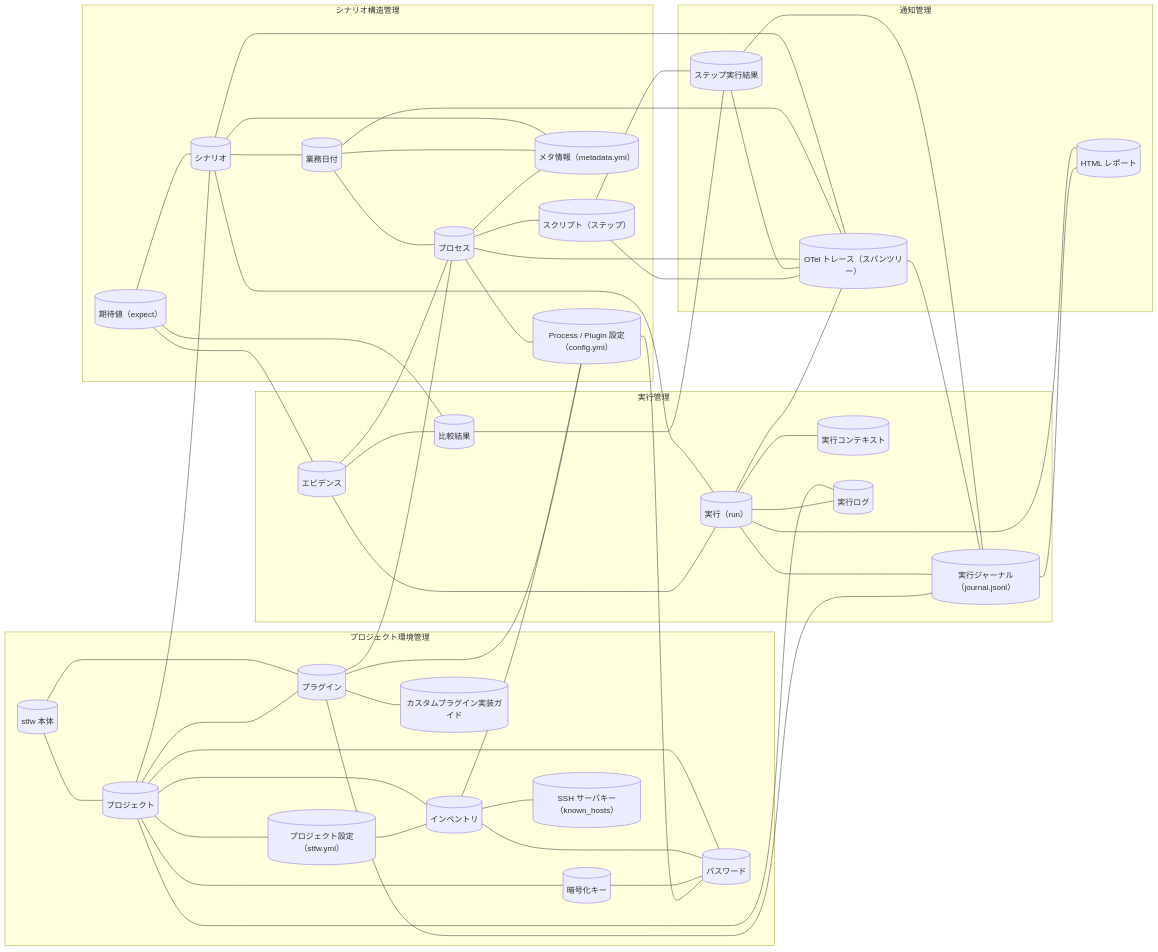
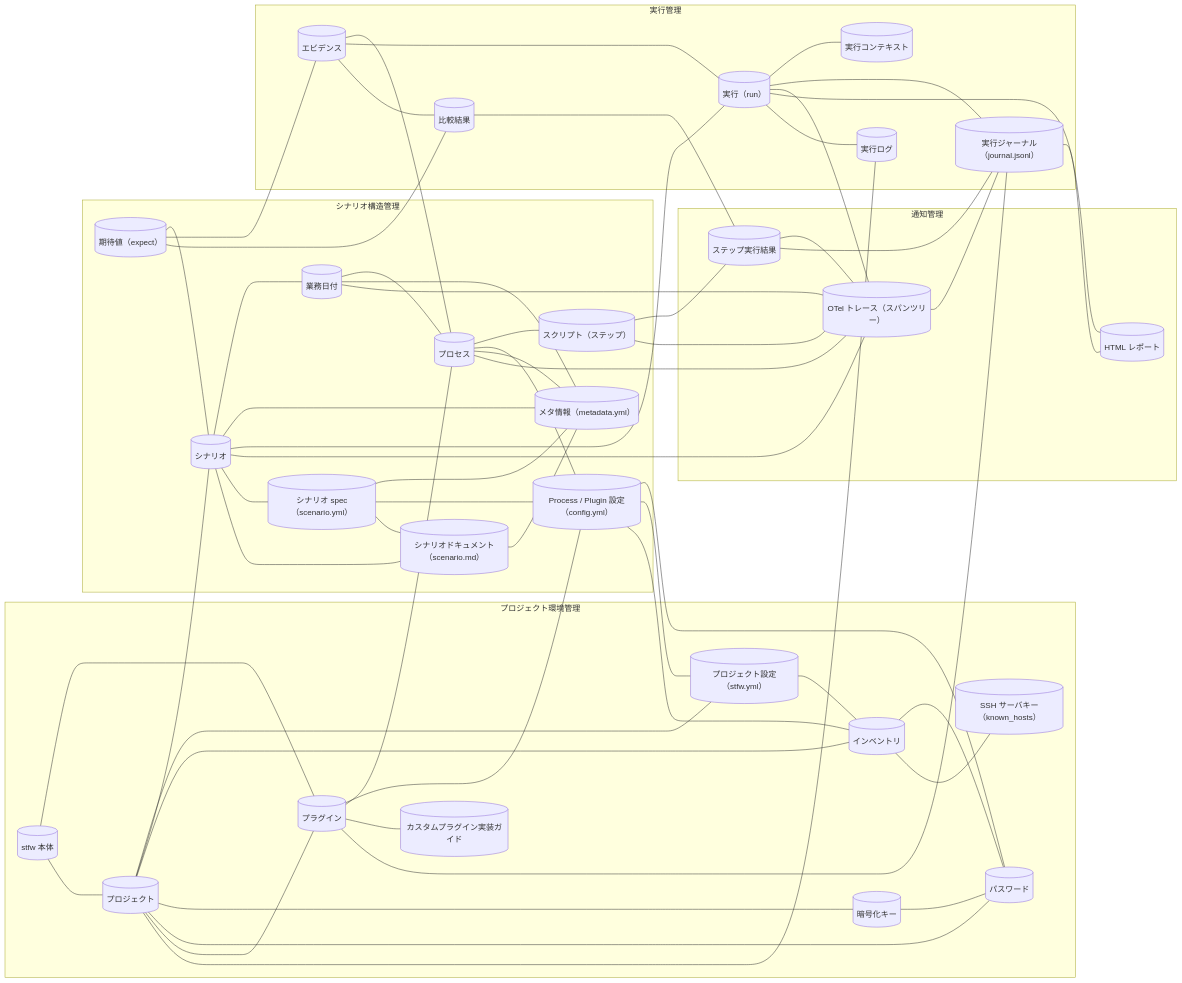
One commit to scenario-test-framework/stfw changed the diagram in docs/rdra/latest/views/05_情報モデル.md. Above: the diagram before and after it, drawn with Mermaid. The commit also changed other lines of this file and 24 other files, not shown here.

````diff
--- a/docs/rdra/latest/views/05_情報モデル.md
+++ b/docs/rdra/latest/views/05_情報モデル.md
@@ -25,19 +25,21 @@
     IF14[("Process / Plugin 設定（config.yml）")]
     IF15[("メタ情報（metadata.yml）")]
     IF16[("期待値（expect）")]
+    IF17[("シナリオ spec（scenario.yml）")]
+    IF18[("シナリオドキュメント（scenario.md）")]
   end
   subgraph CX3["実行管理"]
-    IF17[("実行（run）")]
-    IF18[("実行コンテキスト")]
-    IF19[("実行ログ")]
-    IF20[("実行ジャーナル（journal.jsonl）")]
-    IF21[("エビデンス")]
-    IF22[("比較結果")]
+    IF19[("実行（run）")]
+    IF20[("実行コンテキスト")]
+    IF21[("実行ログ")]
+    IF22[("実行ジャーナル（journal.jsonl）")]
+    IF23[("エビデンス")]
+    IF24[("比較結果")]
   end
   subgraph CX4["通知管理"]
-    IF23[("ステップ実行結果")]
-    IF24[("OTel トレース（スパンツリー）")]
-    IF25[("HTML レポート")]
+    IF25[("ステップ実行結果")]
+    IF26[("OTel トレース（スパンツリー）")]
+    IF27[("HTML レポート")]
   end
   IF1 --- IF7
   IF1 --- IF2
@@ -47,7 +49,7 @@
   IF2 --- IF5
   IF2 --- IF6
   IF2 --- IF7
-  IF2 --- IF19
+  IF2 --- IF21
   IF3 --- IF4
   IF4 --- IF6
   IF4 --- IF8
@@ -58,33 +60,40 @@
   IF7 --- IF9
   IF10 --- IF11
   IF10 --- IF15
+  IF10 --- IF19
+  IF10 --- IF26
   IF10 --- IF17
-  IF10 --- IF24
+  IF10 --- IF18
   IF11 --- IF12
   IF11 --- IF15
-  IF11 --- IF24
+  IF11 --- IF26
   IF12 --- IF13
   IF12 --- IF14
   IF12 --- IF15
-  IF12 --- IF24
-  IF13 --- IF23
+  IF12 --- IF26
+  IF13 --- IF25
   IF14 --- IF6
+  IF14 --- IF3
+  IF19 --- IF20
+  IF19 --- IF22
+  IF19 --- IF26
+  IF19 --- IF27
+  IF19 --- IF21
+  IF25 --- IF26
+  IF25 --- IF22
+  IF26 --- IF22
+  IF26 --- IF13
+  IF22 --- IF27
+  IF22 --- IF7
+  IF16 --- IF10
+  IF16 --- IF23
+  IF16 --- IF24
+  IF23 --- IF12
+  IF23 --- IF19
+  IF23 --- IF24
+  IF24 --- IF25
+  IF17 --- IF15
+  IF17 --- IF14
   IF17 --- IF18
-  IF17 --- IF20
-  IF17 --- IF24
-  IF17 --- IF25
-  IF17 --- IF19
-  IF23 --- IF24
-  IF23 --- IF20
-  IF24 --- IF20
-  IF24 --- IF13
-  IF20 --- IF25
-  IF20 --- IF7
-  IF16 --- IF10
-  IF16 --- IF21
-  IF16 --- IF22
-  IF21 --- IF12
-  IF21 --- IF17
-  IF21 --- IF22
-  IF22 --- IF23
+  IF18 --- IF15
 ```
````
